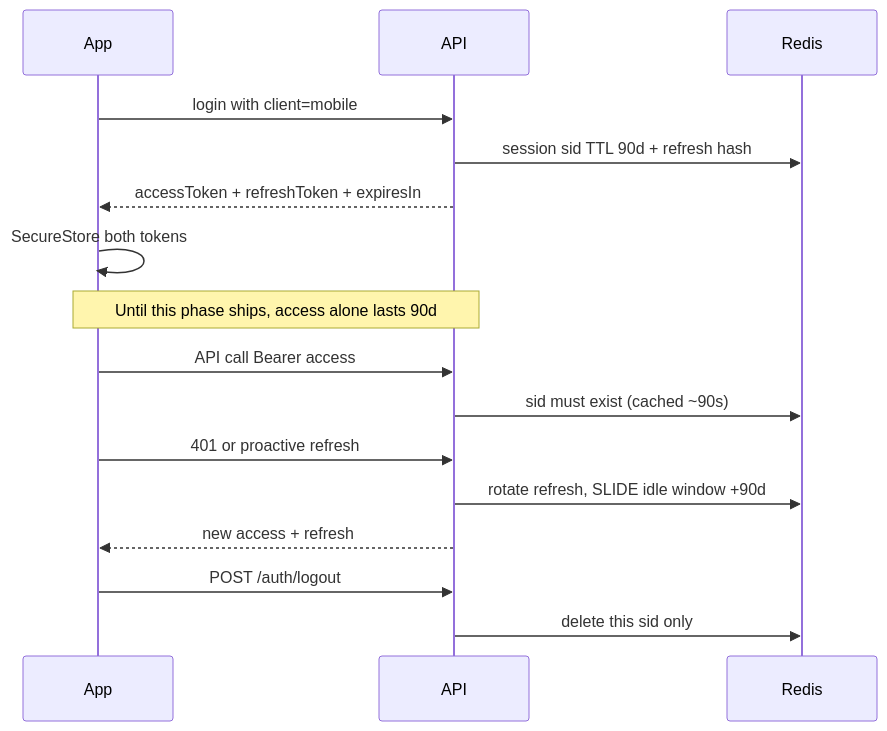
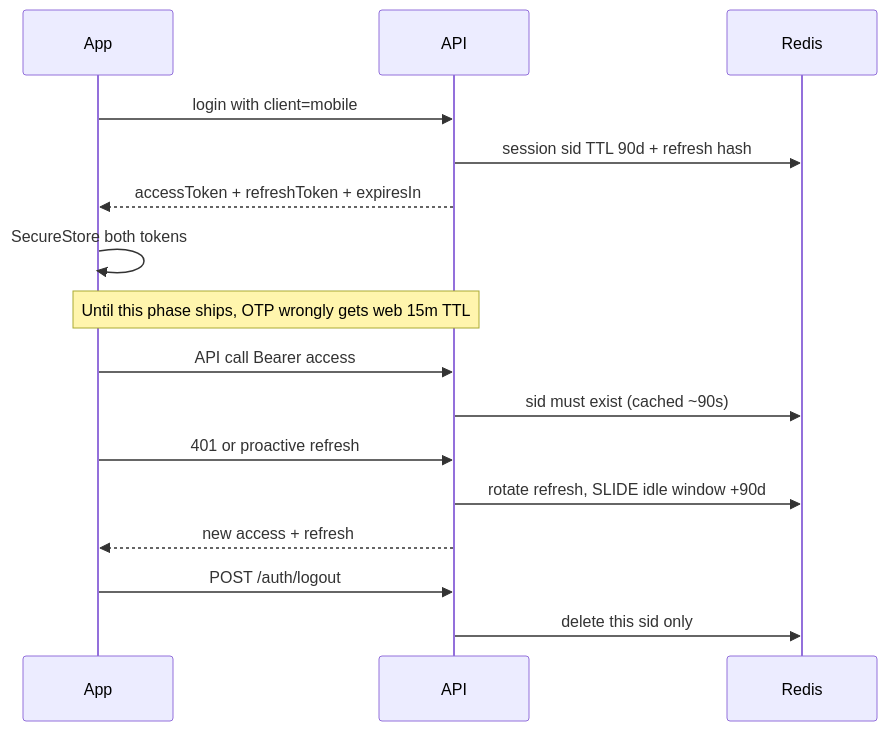
The diagram in docs/mobile-migration/phases/phase-12-session-hardening.md (Nipun-101/ezprep-app), drawn with Mermaid before and after one commit. The commit also changed other lines of this file and 8 other files, not shown here.

````diff
--- a/docs/mobile-migration/phases/phase-12-session-hardening.md
+++ b/docs/mobile-migration/phases/phase-12-session-hardening.md
@@ -10,18 +21,18 @@
 ```mermaid
 sequenceDiagram
   participant App
   participant API
   participant Redis
   App->>API: login with client=mobile
   API->>Redis: session sid TTL 90d + refresh hash
   API-->>App: accessToken + refreshToken + expiresIn
   App->>App: SecureStore both tokens
-  Note over App,API: Until this phase ships, access alone lasts 90d
+  Note over App,API: Until this phase ships, OTP wrongly gets web 15m TTL
   App->>API: API call Bearer access
   API->>Redis: sid must exist (cached ~90s)
   App->>API: 401 or proactive refresh
   API->>Redis: rotate refresh, SLIDE idle window +90d
   API-->>App: new access + refresh
   App->>API: POST /auth/logout
   API->>Redis: delete this sid only
 ```
````
